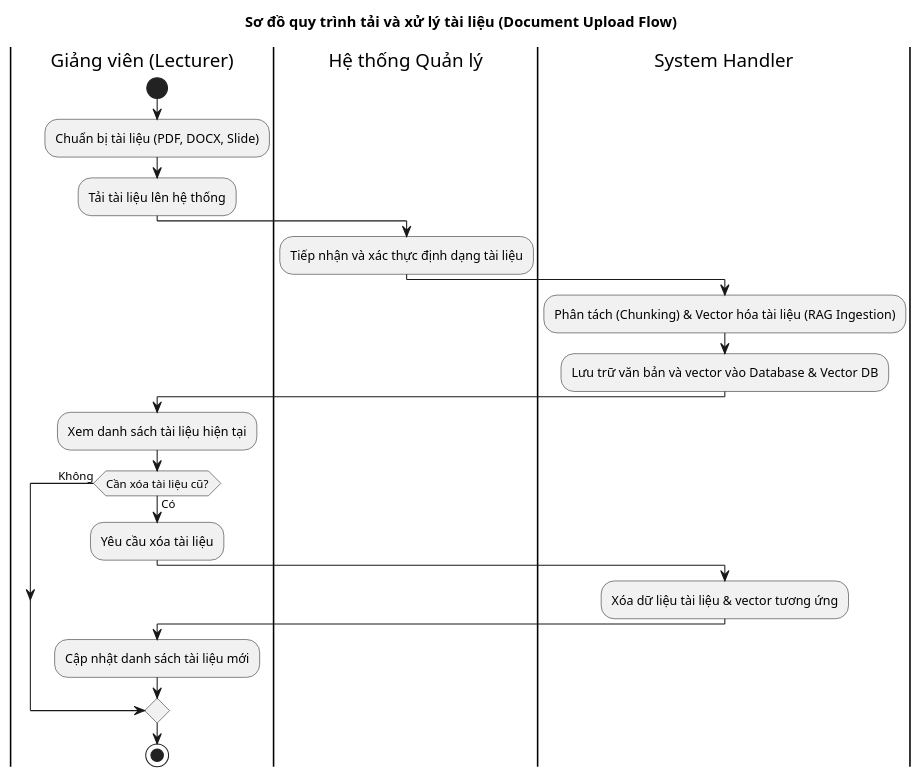
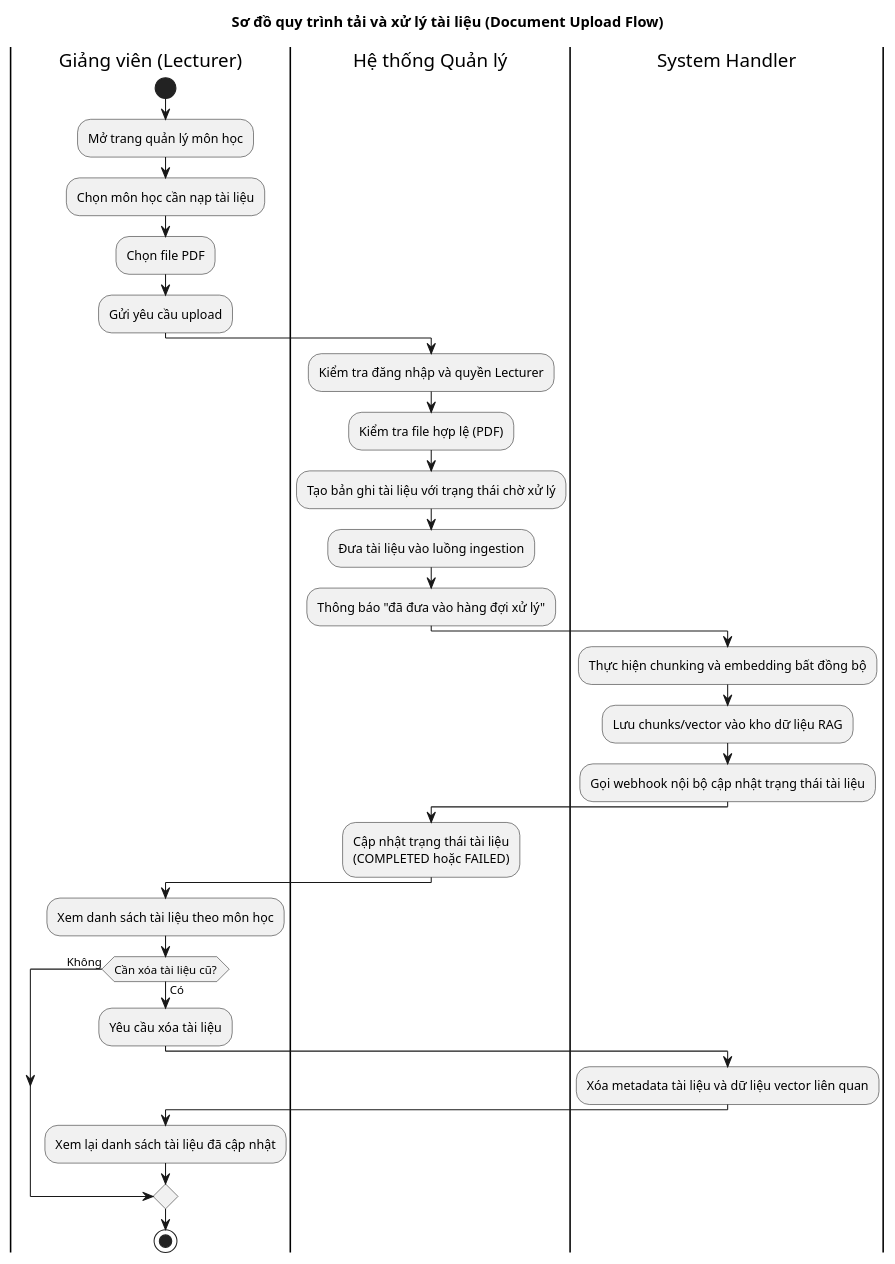
One commit to lgdlong/chatbot-rag-fptu changed the diagram in docs/srs/flow-document-upload.puml. Above: the diagram before and after it, drawn with PlantUML. The commit also changed 19 other files, not shown here.

Commit message:
docs(srs): cập nhật luồng chat, tài liệu và gói dịch vụ

```diff
--- a/docs/srs/flow-document-upload.puml
+++ b/docs/srs/flow-document-upload.puml
@@ -1,28 +1,38 @@
 @startuml
 title Sơ đồ quy trình tải và xử lý tài liệu (Document Upload Flow)
 
 |Giảng viên (Lecturer)|
 start
-:Chuẩn bị tài liệu (PDF, DOCX, Slide);
-:Tải tài liệu lên hệ thống;
+:Mở trang quản lý môn học;
+:Chọn môn học cần nạp tài liệu;
+:Chọn file PDF;
+:Gửi yêu cầu upload;
 
 |Hệ thống Quản lý|
-:Tiếp nhận và xác thực định dạng tài liệu;
+:Kiểm tra đăng nhập và quyền Lecturer;
+:Kiểm tra file hợp lệ (PDF);
+:Tạo bản ghi tài liệu với trạng thái chờ xử lý;
+:Đưa tài liệu vào luồng ingestion;
+:Thông báo "đã đưa vào hàng đợi xử lý";
 
 |System Handler|
-:Phân tách (Chunking) & Vector hóa tài liệu (RAG Ingestion);
-:Lưu trữ văn bản và vector vào Database & Vector DB;
+:Thực hiện chunking và embedding bất đồng bộ;
+:Lưu chunks/vector vào kho dữ liệu RAG;
+:Gọi webhook nội bộ cập nhật trạng thái tài liệu;
+
+|Hệ thống Quản lý|
+:Cập nhật trạng thái tài liệu\n(COMPLETED hoặc FAILED);
 
 |Giảng viên (Lecturer)|
-:Xem danh sách tài liệu hiện tại;
+:Xem danh sách tài liệu theo môn học;
 if (Cần xóa tài liệu cũ?) then (Có)
   :Yêu cầu xóa tài liệu;
   |System Handler|
-  :Xóa dữ liệu tài liệu & vector tương ứng;
+  :Xóa metadata tài liệu và dữ liệu vector liên quan;
   |Giảng viên (Lecturer)|
-  :Cập nhật danh sách tài liệu mới;
+  :Xem lại danh sách tài liệu đã cập nhật;
 else (Không)
 endif
 
 stop
 @enduml
```
